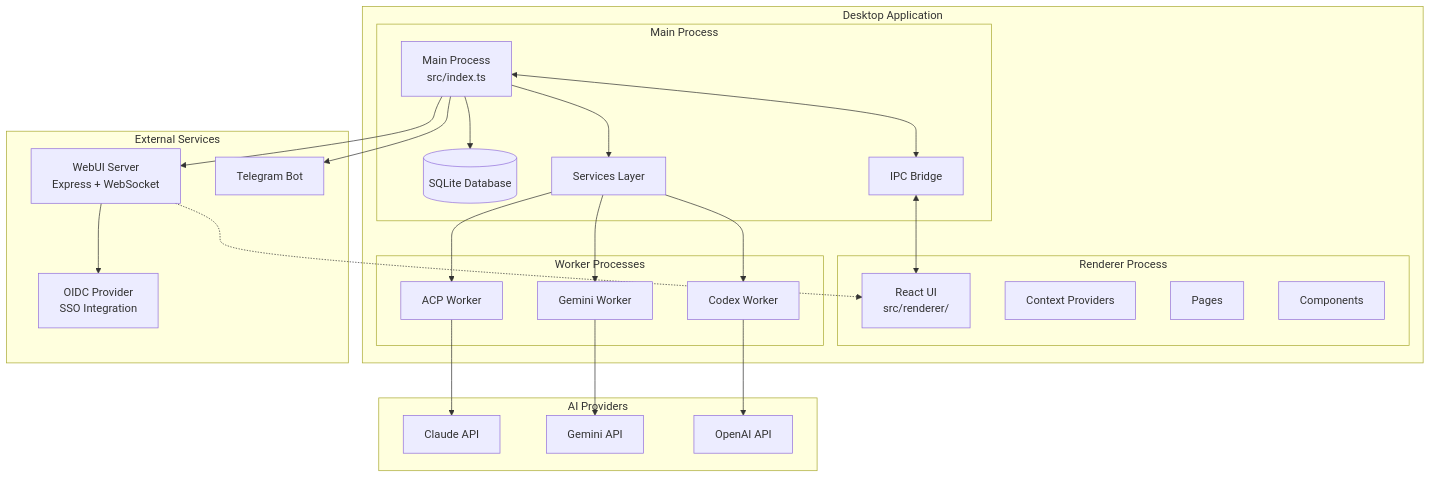
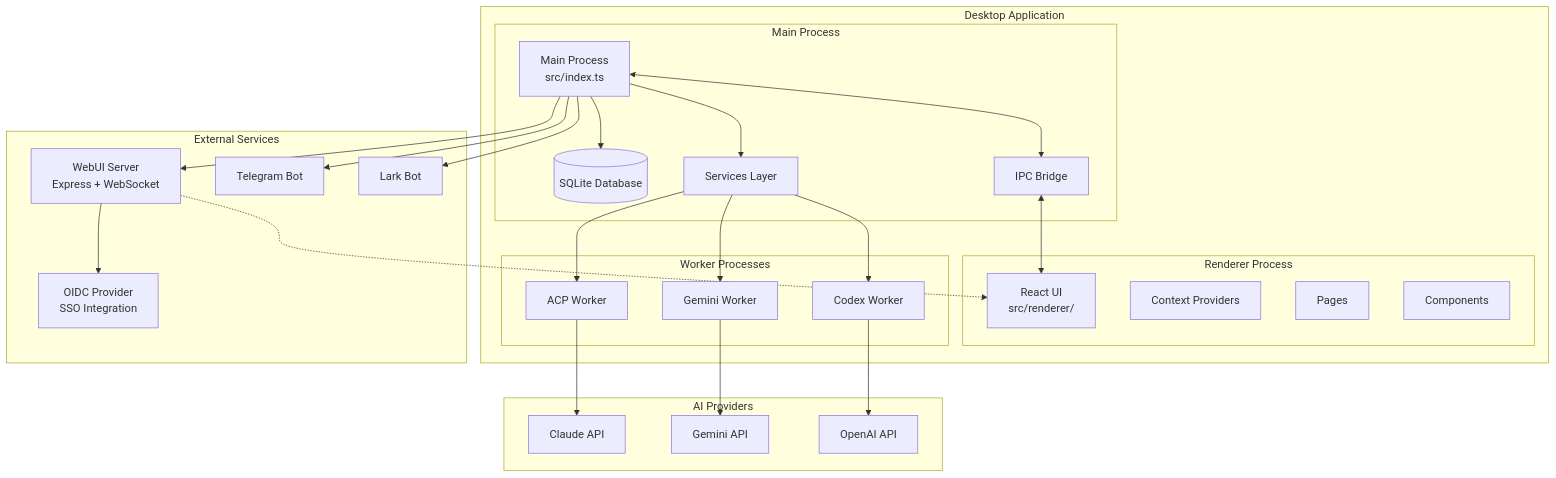
Before and after one commit to jrmatherly/aionui: the first of 9 diagrams in docs/architecture/ARCHITECTURE.md, drawn with Mermaid. The commit also changed other lines of this file and 5 other files, not shown here.

Commit message:
feat: Update database schema to v18, introduce new logging configuration and global model group tables, enhance developer logging guide, add new documentation, and integrate Lark bot.

````diff
--- a/docs/architecture/ARCHITECTURE.md
+++ b/docs/architecture/ARCHITECTURE.md
@@ -9,54 +9,56 @@
 ```mermaid
 graph TB
     subgraph "Desktop Application"
         subgraph "Main Process"
             MP[Main Process<br/>src/index.ts]
             DB[(SQLite Database)]
             Bridge[IPC Bridge]
             Services[Services Layer]
         end
 
         subgraph "Renderer Process"
             React[React UI<br/>src/renderer/]
             Context[Context Providers]
             Pages[Pages]
             Components[Components]
         end
 
         subgraph "Worker Processes"
             GeminiW[Gemini Worker]
             CodexW[Codex Worker]
             AcpW[ACP Worker]
         end
     end
 
     subgraph "External Services"
         WebUI[WebUI Server<br/>Express + WebSocket]
         Telegram[Telegram Bot]
+        Lark[Lark Bot]
         OIDC[OIDC Provider<br/>SSO Integration]
     end
 
     subgraph "AI Providers"
         Claude[Claude API]
         Gemini[Gemini API]
         OpenAI[OpenAI API]
     end
 
     MP <--> Bridge
     Bridge <--> React
     MP --> DB
     MP --> Services
     Services --> GeminiW
     Services --> CodexW
     Services --> AcpW
 
     GeminiW --> Gemini
     CodexW --> OpenAI
     AcpW --> Claude
 
     MP --> WebUI
     MP --> Telegram
+    MP --> Lark
 
     WebUI --> OIDC
     WebUI -.-> React
 ```
````
